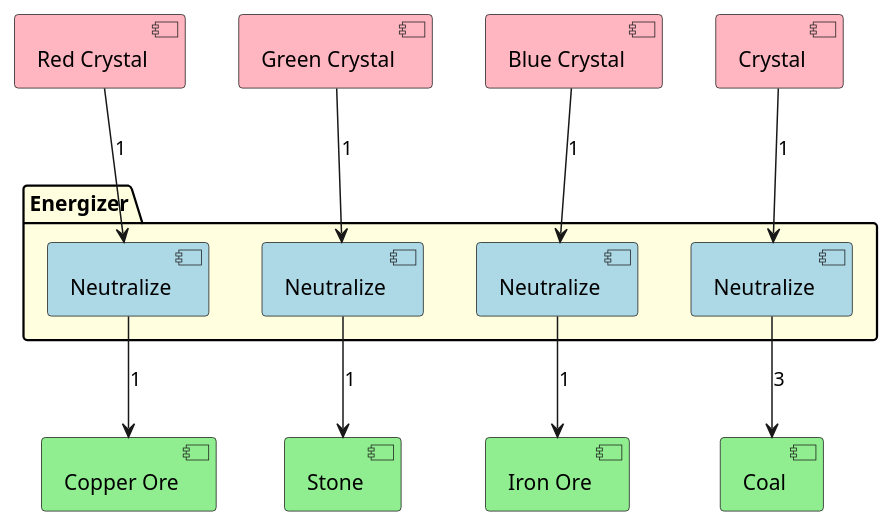
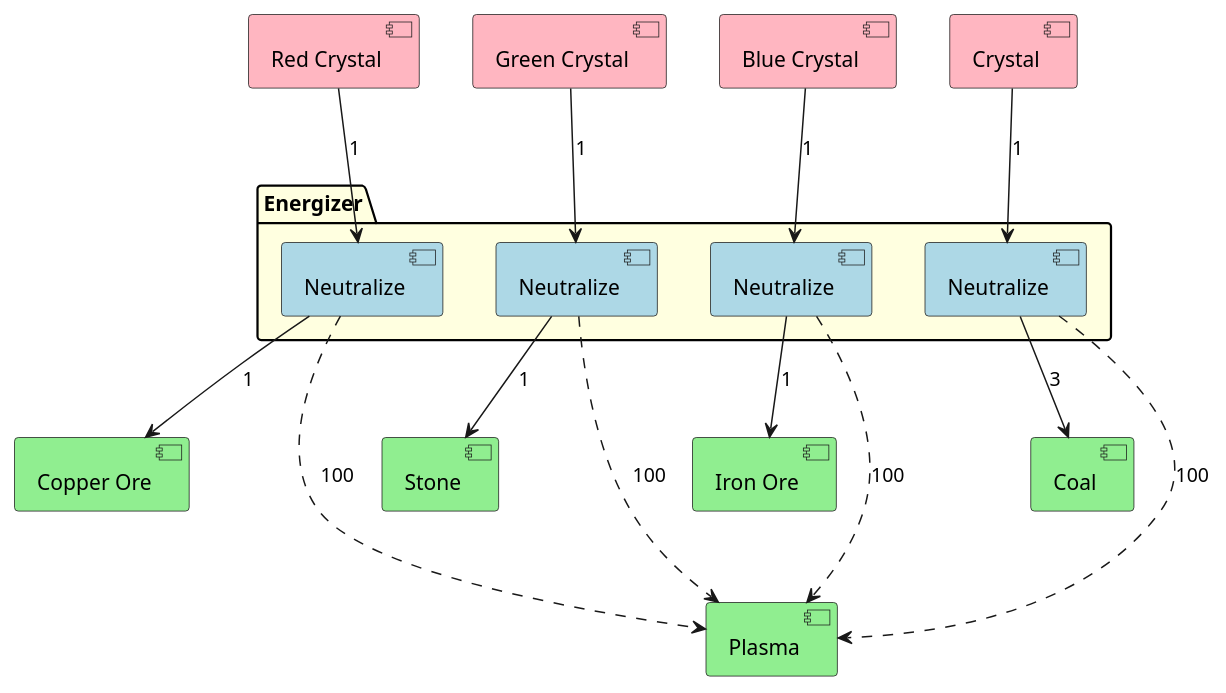
One commit to Thomas-De-Praetere/CrystalMod changed the diagram in Documentation/CreateOre.puml. Above: the diagram before and after it, drawn with PlantUML. The commit also changed 11 other files, not shown here.

Commit message:
Added plasma to the flows and updated the readme.

```diff
--- a/Documentation/CreateOre.puml
+++ b/Documentation/CreateOre.puml
@@ -1,34 +1,41 @@
 @startuml
 
 hide methods
 hide fields
 hide circle
 
 [Red Crystal] as RC #lightpink
 [Green Crystal] as GC #lightpink
 [Blue Crystal] as BC #lightpink
 [Crystal] as C #lightpink
 
 [Iron Ore] as FE #lightgreen
 [Copper Ore] as CU #lightgreen
 [Stone] as S #lightgreen
 [Coal] as Ca #lightgreen
+[Plasma] as PA #lightgreen
 
 package Energizer #lightyellow {
 [Neutralize] as NR #lightblue
 [Neutralize] as NG #lightblue
 [Neutralize] as NB #lightblue
 [Neutralize] as NC #lightblue
 }
+
+
 
 RC --> NR : 1
 GC --> NG : 1
 BC --> NB : 1
 C --> NC : 1
 
 NR --> CU : 1
 NG --> S : 1
 NB --> FE : 1
 NC --> Ca : 3
 
+NR ...> PA : 100
+NG ...> PA : 100
+NB ...> PA : 100
+NC ...> PA : 100
 @enduml
```
